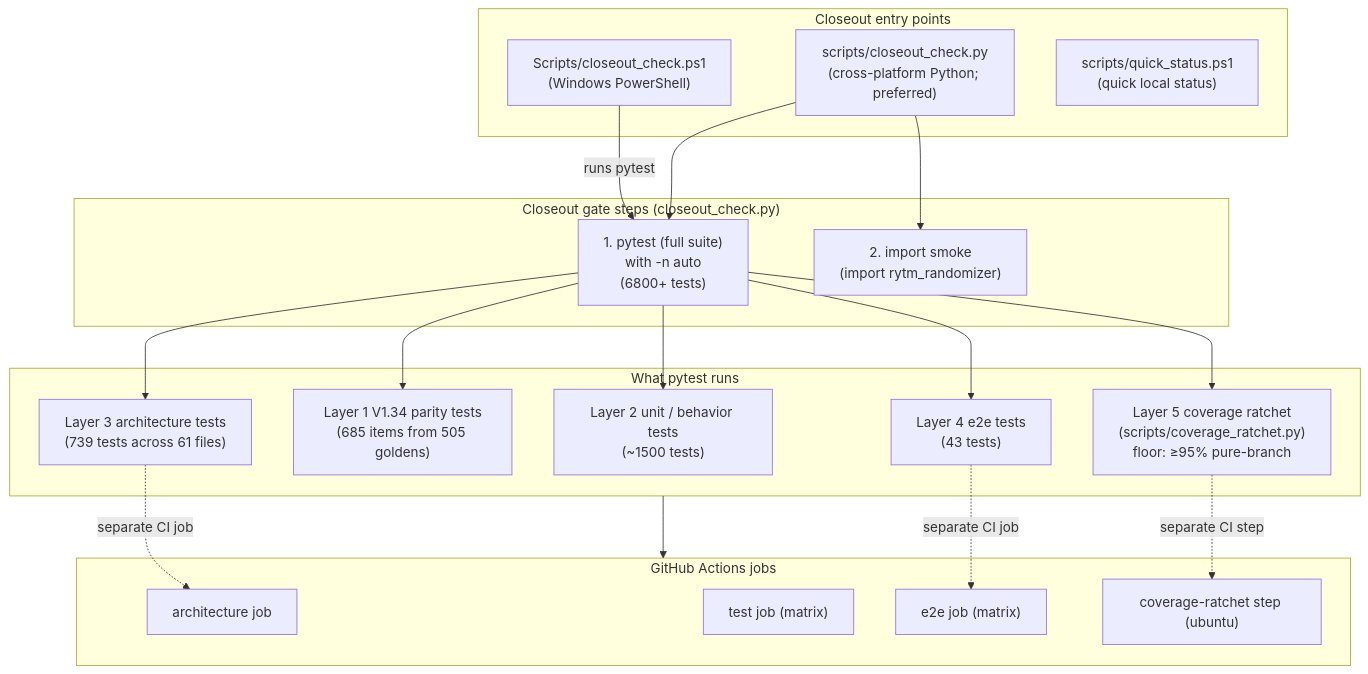
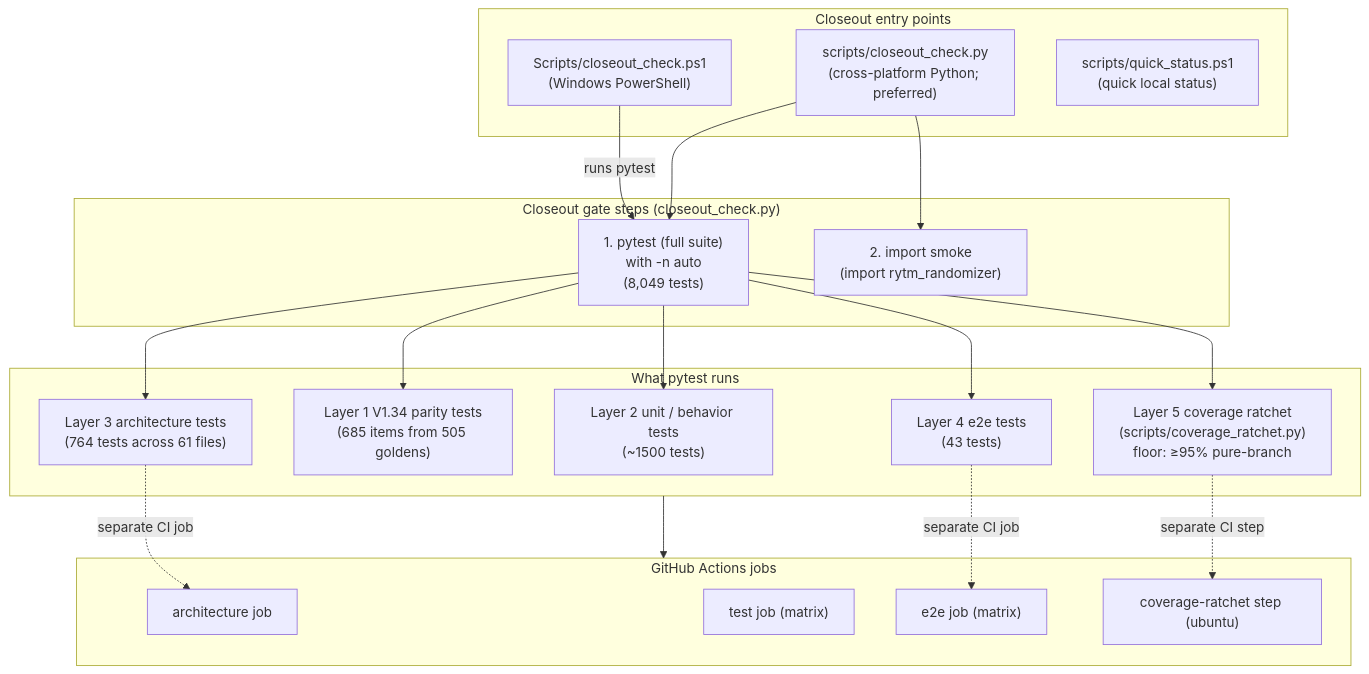
Before and after one commit to buzzijose-hub/RytmRandomizer: diagram 24 of 34 in docs/ARCHITECTURE_DIAGRAMS.md, drawn with Mermaid. The commit also changed other lines of this file and 80 other files, not shown here.

````diff
--- a/docs/ARCHITECTURE_DIAGRAMS.md
+++ b/docs/ARCHITECTURE_DIAGRAMS.md
@@ -1805,43 +1845,43 @@
 ```mermaid
 flowchart TB
     subgraph Entry["Closeout entry points"]
         CloseoutPS1["Scripts/closeout_check.ps1<br/>(Windows PowerShell)"]
         CloseoutPy["scripts/closeout_check.py<br/>(cross-platform Python; preferred)"]
         QuickStatus["scripts/quick_status.ps1<br/>(quick local status)"]
     end
 
     subgraph GateSteps["Closeout gate steps (closeout_check.py)"]
-        Step1["1. pytest (full suite)<br/>with -n auto<br/>(6800+ tests)"]
+        Step1["1. pytest (full suite)<br/>with -n auto<br/>(8,049 tests)"]
         Step2["2. import smoke<br/>(import rytm_randomizer)"]
     end
 
     subgraph PytestLayers["What pytest runs"]
         PassiveTests["Layer 2 unit / behavior tests<br/>(~1500 tests)"]
         ParityTests["Layer 1 V1.34 parity tests<br/>(685 items from 505 goldens)"]
-        ArchTests["Layer 3 architecture tests<br/>(739 tests across 61 files)"]
+        ArchTests["Layer 3 architecture tests<br/>(764 tests across 61 files)"]
         E2ETests["Layer 4 e2e tests<br/>(43 tests)"]
         CovStep["Layer 5 coverage ratchet<br/>(scripts/coverage_ratchet.py)<br/>floor: ≥95% pure-branch"]
     end
 
     subgraph CIJobs["GitHub Actions jobs"]
         CIArch["architecture job"]
         CITest["test job (matrix)"]
         CIE2E["e2e job (matrix)"]
         CIRatchet["coverage-ratchet step (ubuntu)"]
     end
 
     CloseoutPS1 -->|"runs pytest"| Step1
     CloseoutPy --> Step1
     CloseoutPy --> Step2
 
     Step1 --> PassiveTests
     Step1 --> ParityTests
     Step1 --> ArchTests
     Step1 --> E2ETests
     Step1 --> CovStep
 
     PytestLayers --> CIJobs
     ArchTests -.->|"separate CI job"| CIArch
     E2ETests -.->|"separate CI job"| CIE2E
     CovStep -.->|"separate CI step"| CIRatchet
 ```
````
